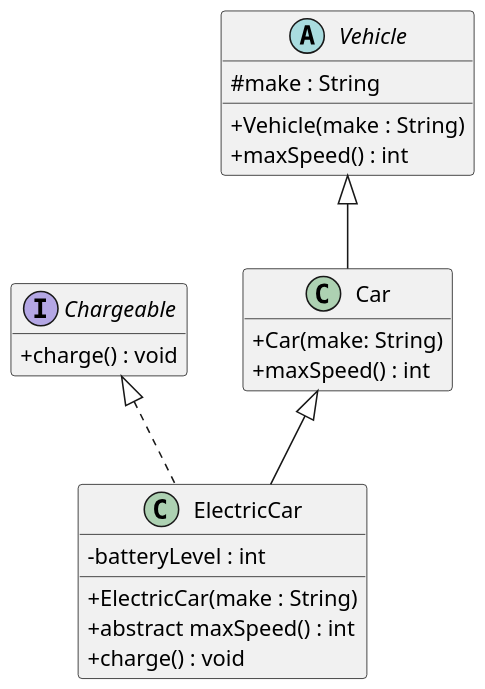
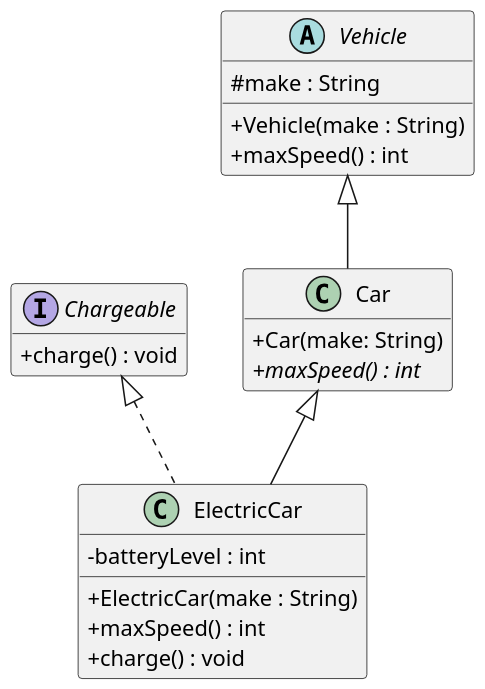
The diagram in plantuml/exercises/vehicles-uml-starter.puml (jkrz15/207-course-notes), drawn with PlantUML before and after one commit.

Commit message:
fixed which method is abstract

```diff
--- a/plantuml/exercises/vehicles-uml-starter.puml
+++ b/plantuml/exercises/vehicles-uml-starter.puml
@@ -1,48 +1,48 @@
 @startuml
 skinparam dpi 150
 skinparam classAttributeIconSize 0
 hide empty members
 
 ' Your task (Chapter 3, Question 2): draw the UML class diagram for the
 ' Vehicle / Car / ElectricCar / Chargeable code.
 '
 ' Define each type as a box, then connect them with the right arrows. One box
 ' (Chargeable) is filled in as an example — complete the other three and add the
 ' relationships.
 '
 ' PlantUML cheat-sheet:
 '   interface Name { + method() : Type }
 '   abstract class Name { # field : Type }
 '   class Name { - field : Type }
 '   Parent    <|-- Child    ' generalization: Child extends Parent
 '   Interface <|.. Class    ' realization:    Class implements Interface
 ' (Putting the parent/interface on the LEFT of the arrow keeps it on top.)
 
 interface Chargeable {
   + charge() : void
 }
 
 abstract class Vehicle {
     # make : String
     + Vehicle(make : String)
     + maxSpeed() : int
 }
 
 class Car {
     + Car(make: String)
-    + maxSpeed() : int
+    + {abstract} maxSpeed() : int
 }
 
 class ElectricCar {
     - batteryLevel : int
     + ElectricCar(make : String)
-    + abstract maxSpeed() : int
+    + maxSpeed() : int
     + charge() : void
 }
 
 Vehicle <|-- Car
 Car <|-- ElectricCar
 Chargeable <|.. ElectricCar
 
 
 @enduml
```
